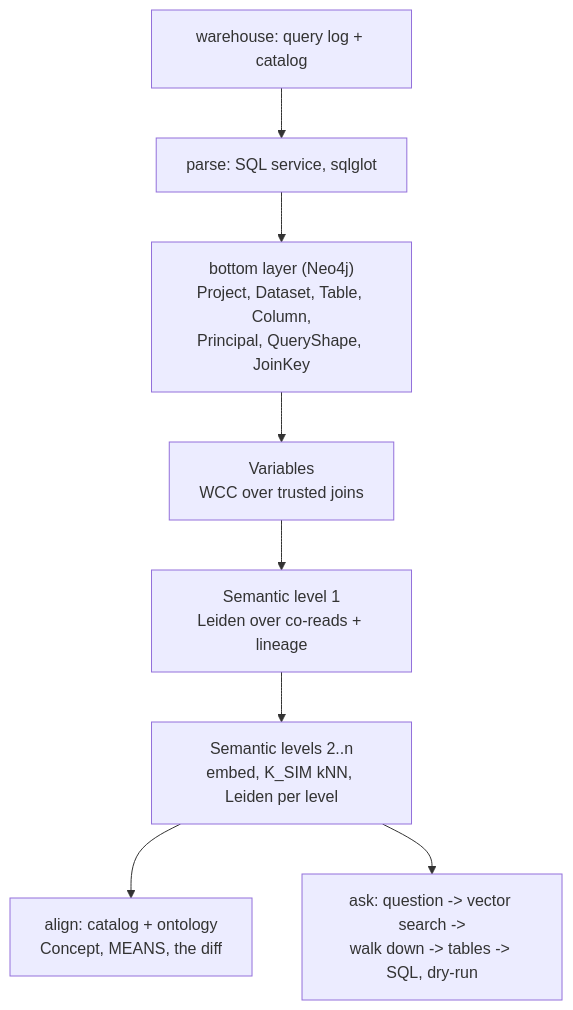
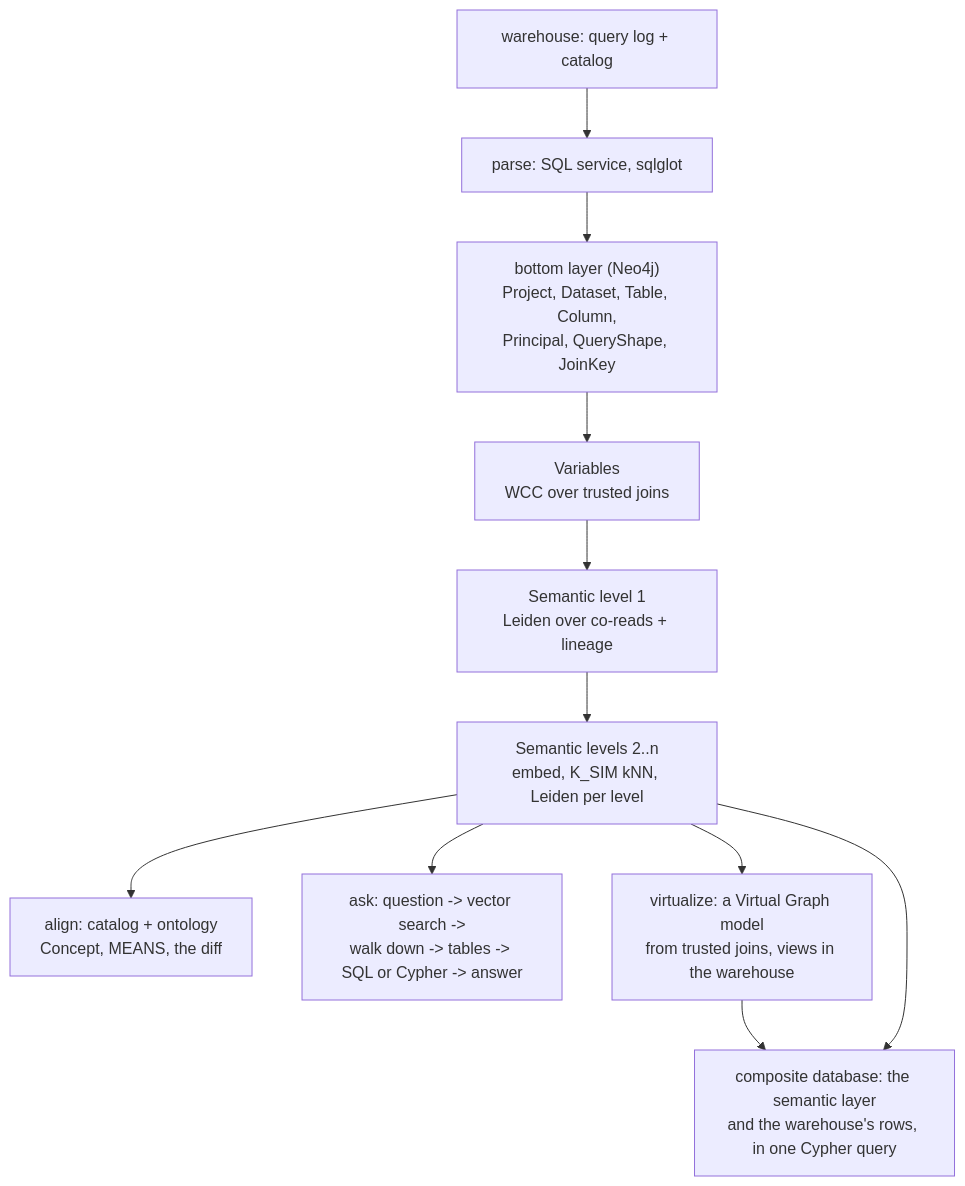
One commit to jeffneo/semantic-context changed the diagram in README.md. Above: the diagram before and after it, drawn with Mermaid. The commit also changed other lines of this file and 17 other files, not shown here.

First line of the commit message:
Answer questions end to end: ask --run, ask --cypher, and the log's filter values

````diff
--- a/README.md
+++ b/README.md
@@ -13,10 +19,13 @@
 ```mermaid
 flowchart TD
     L[warehouse: query log + catalog] --> P[parse: SQL service, sqlglot]
     P --> B["bottom layer (Neo4j)<br/>Project, Dataset, Table, Column,<br/>Principal, QueryShape, JoinKey"]
     B --> V["Variables<br/>WCC over trusted joins"]
     V --> S1["Semantic level 1<br/>Leiden over co-reads + lineage"]
     S1 --> SH["Semantic levels 2..n<br/>embed, K_SIM kNN, Leiden per level"]
     SH --> A["align: catalog + ontology<br/>Concept, MEANS, the diff"]
-    SH --> Q["ask: question -> vector search -><br/>walk down -> tables -> SQL, dry-run"]
+    SH --> Q["ask: question -> vector search -><br/>walk down -> tables -> SQL or Cypher -> answer"]
+    SH --> VG["virtualize: a Virtual Graph model<br/>from trusted joins, views in the warehouse"]
+    VG --> C["composite database: the semantic layer<br/>and the warehouse's rows, in one Cypher query"]
+    SH --> C
 ```
````
